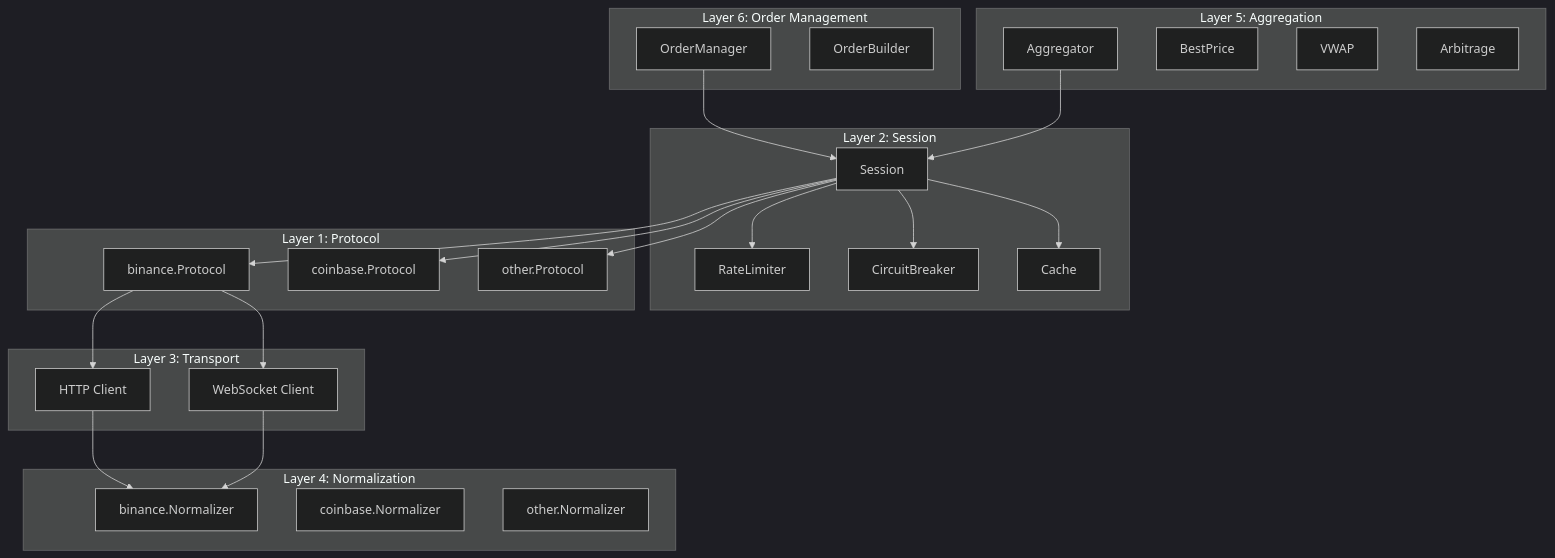
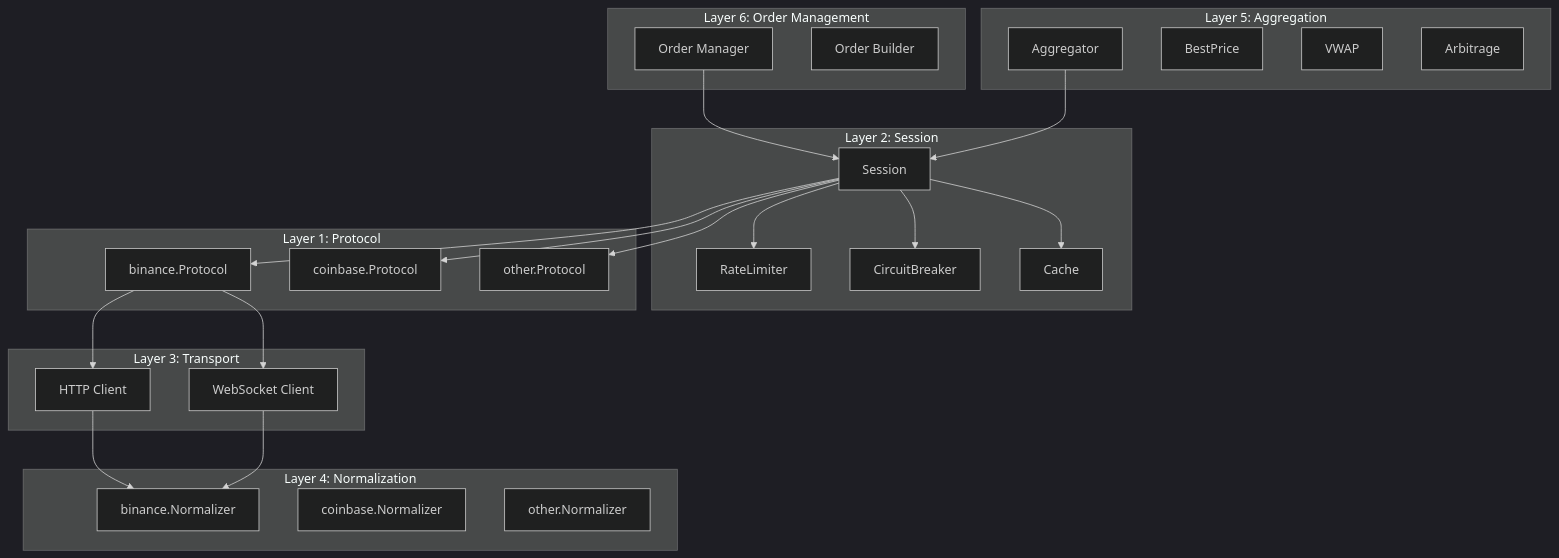
One commit to pwnholic/sadewa changed the first of 2 diagrams in README.md. Above: the diagram before and after it, drawn with Mermaid (dark theme). The commit also changed other lines of this file and 26 other files, not shown here.

````diff
--- a/README.md
+++ b/README.md
@@ -45,51 +69,51 @@
 ```mermaid
 graph TB
     subgraph "Layer 6: Order Management"
-        OM[OrderManager]
-        OB[OrderBuilder]
+        OM[Order Manager]
+        OB[Order Builder]
     end
 
     subgraph "Layer 5: Aggregation"
         AG[Aggregator]
         BP[BestPrice]
         VW[VWAP]
         AR[Arbitrage]
     end
 
     subgraph "Layer 4: Normalization"
         N1[binance.Normalizer]
         N2[coinbase.Normalizer]
         N3[other.Normalizer]
     end
 
     subgraph "Layer 3: Transport"
         HTTP[HTTP Client]
         WS[WebSocket Client]
     end
 
     subgraph "Layer 2: Session"
         S[Session]
         RL[RateLimiter]
         CB[CircuitBreaker]
         CA[Cache]
     end
 
     subgraph "Layer 1: Protocol"
         P1[binance.Protocol]
         P2[coinbase.Protocol]
         P3[other.Protocol]
     end
 
     OM --> S
     AG --> S
     S --> P1
     S --> P2
     S --> P3
     P1 --> HTTP
     P1 --> WS
     S --> RL
     S --> CB
     S --> CA
     HTTP --> N1
     WS --> N1
 ```
````
